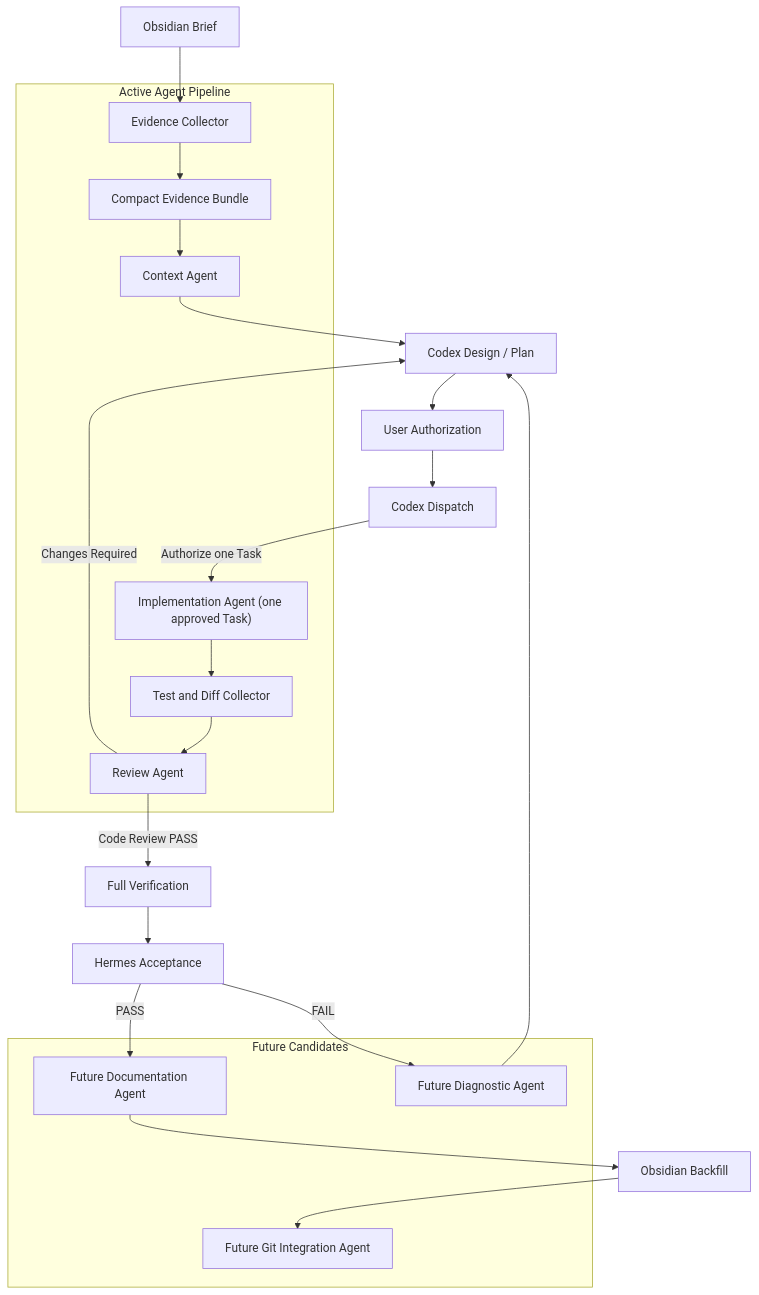
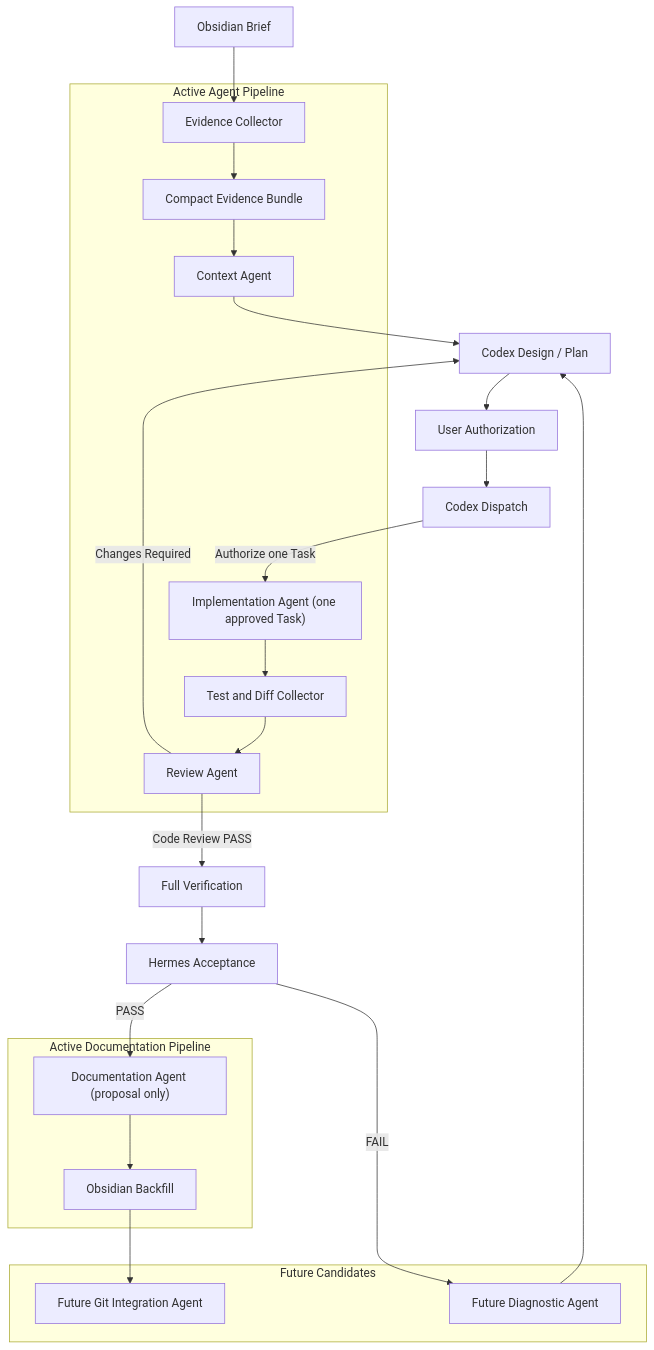
The diagram in docs/agents/NBS_AGENT_ARCHITECTURE.md (waitungchan-oss/nbs_analytics), drawn with Mermaid before and after one commit. The commit also changed other lines of this file and 11 other files, not shown here.

Commit message:
docs: activate documentation agent governance

````diff
--- a/docs/agents/NBS_AGENT_ARCHITECTURE.md
+++ b/docs/agents/NBS_AGENT_ARCHITECTURE.md
@@ -57,35 +57,38 @@
 ```mermaid
 flowchart TD
     B["Obsidian Brief"] --> EC["Evidence Collector"]
     EC --> EB["Compact Evidence Bundle"]
     EB --> CA["Context Agent"]
     CA --> CP["Codex Design / Plan"]
     CP --> UA["User Authorization"]
     UA --> CD["Codex Dispatch"]
     CD -->|"Authorize one Task"| IA["Implementation Agent (one approved Task)"]
     IA --> TC["Test and Diff Collector"]
     TC --> RA["Review Agent"]
     RA -->|"Changes Required"| CP
     RA -->|"Code Review PASS"| FV["Full Verification"]
     FV --> HA["Hermes Acceptance"]
-    HA -->|"PASS"| DA["Future Documentation Agent"]
+    HA -->|"PASS"| DA["Documentation Agent (proposal only)"]
     DA --> OA["Obsidian Backfill"]
     OA --> GA["Future Git Integration Agent"]
     HA -->|"FAIL"| DG["Future Diagnostic Agent"]
     DG --> CP
 
     subgraph P1["Active Agent Pipeline"]
       EC
       EB
       CA
       IA
       TC
       RA
     end
 
+    subgraph ACTIVE_DOCS["Active Documentation Pipeline"]
+      DA
+      OA
+    end
     subgraph FUTURE["Future Candidates"]
-      DA
       DG
       GA
     end
 ```
````
